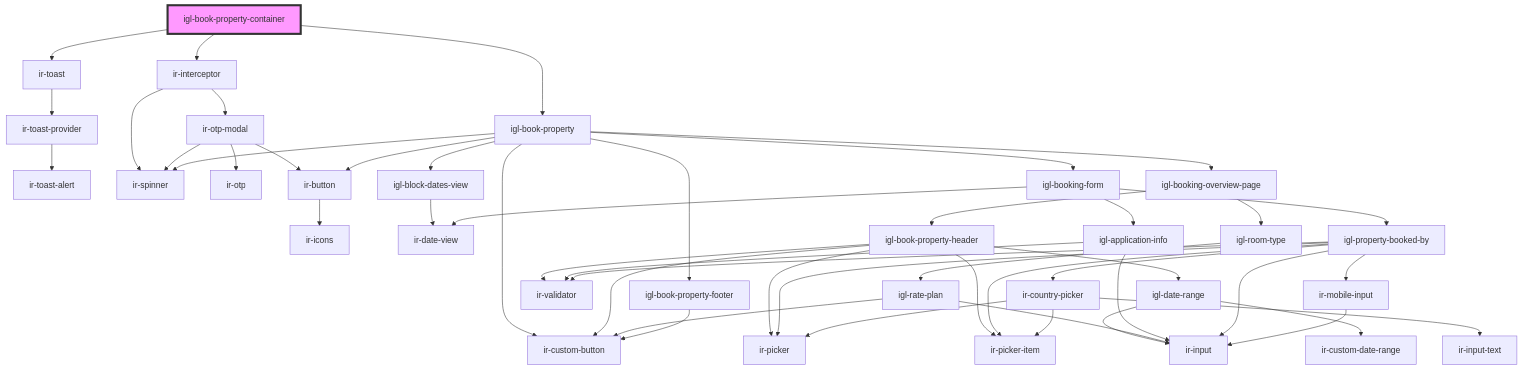
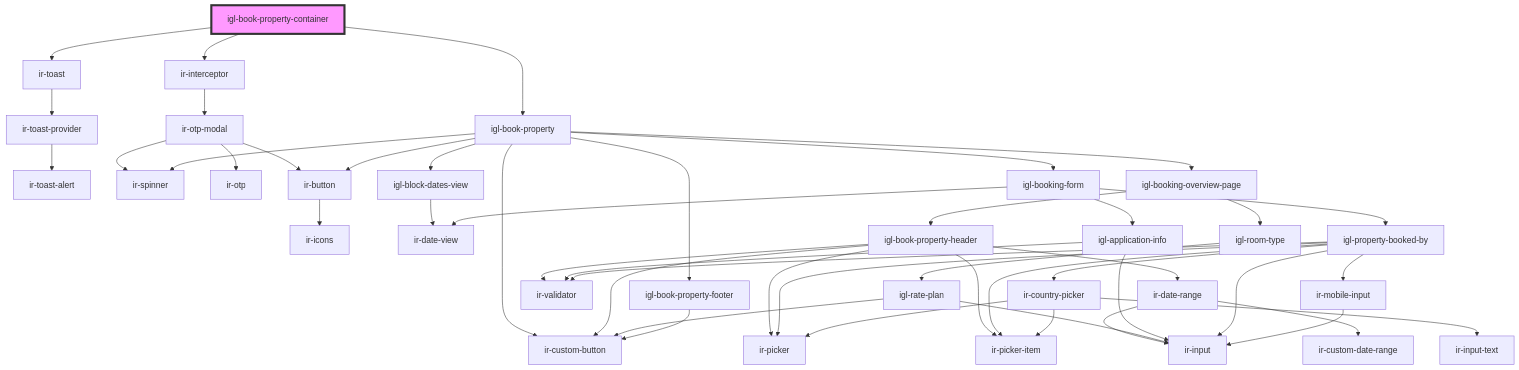
The diagram in src/components/igl-book-property-container/readme.md (RonyRizk/ir-webcmp), drawn with Mermaid before and after one commit. The commit also changed 586 other files, not shown here.

````diff
--- a/src/components/igl-book-property-container/readme.md
+++ b/src/components/igl-book-property-container/readme.md
@@ -35,51 +35,50 @@
 ```mermaid
 graph TD;
   igl-book-property-container --> ir-toast
   igl-book-property-container --> ir-interceptor
   igl-book-property-container --> igl-book-property
   ir-toast --> ir-toast-provider
   ir-toast-provider --> ir-toast-alert
-  ir-interceptor --> ir-spinner
   ir-interceptor --> ir-otp-modal
   ir-otp-modal --> ir-spinner
   ir-otp-modal --> ir-otp
   ir-otp-modal --> ir-button
   ir-button --> ir-icons
   igl-book-property --> igl-block-dates-view
   igl-book-property --> ir-spinner
   igl-book-property --> ir-custom-button
   igl-book-property --> igl-booking-overview-page
   igl-book-property --> igl-booking-form
   igl-book-property --> ir-button
   igl-book-property --> igl-book-property-footer
   igl-block-dates-view --> ir-date-view
   igl-booking-overview-page --> igl-book-property-header
   igl-booking-overview-page --> igl-room-type
   igl-book-property-header --> ir-picker
   igl-book-property-header --> ir-picker-item
   igl-book-property-header --> ir-validator
-  igl-book-property-header --> igl-date-range
+  igl-book-property-header --> ir-date-range
   igl-book-property-header --> ir-custom-button
-  igl-date-range --> ir-input
-  igl-date-range --> ir-custom-date-range
+  ir-date-range --> ir-input
+  ir-date-range --> ir-custom-date-range
   igl-room-type --> igl-rate-plan
   igl-rate-plan --> ir-input
   igl-rate-plan --> ir-custom-button
   igl-booking-form --> ir-date-view
   igl-booking-form --> igl-application-info
   igl-booking-form --> igl-property-booked-by
   igl-application-info --> ir-validator
   igl-application-info --> ir-input
   igl-property-booked-by --> ir-picker
   igl-property-booked-by --> ir-picker-item
   igl-property-booked-by --> ir-validator
   igl-property-booked-by --> ir-input
   igl-property-booked-by --> ir-country-picker
   igl-property-booked-by --> ir-mobile-input
   ir-country-picker --> ir-picker
   ir-country-picker --> ir-picker-item
   ir-country-picker --> ir-input-text
   ir-mobile-input --> ir-input
   igl-book-property-footer --> ir-custom-button
   style igl-book-property-container fill:#f9f,stroke:#333,stroke-width:4px
 ```
````
